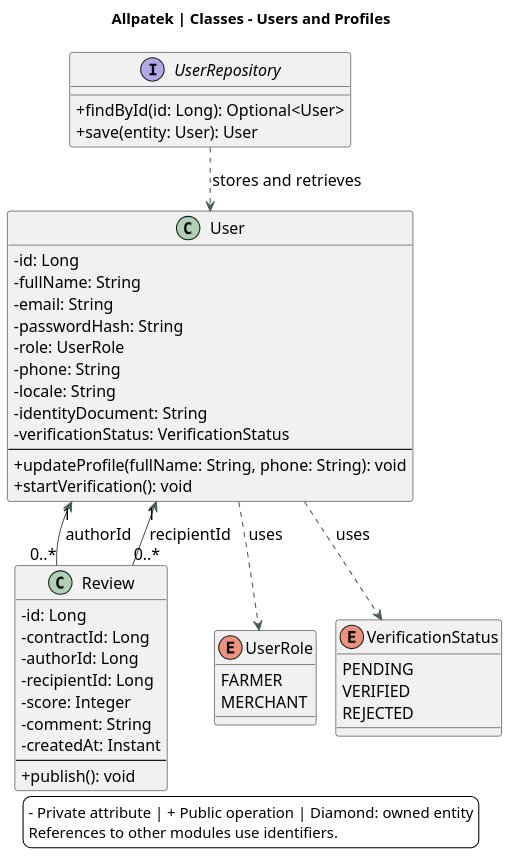
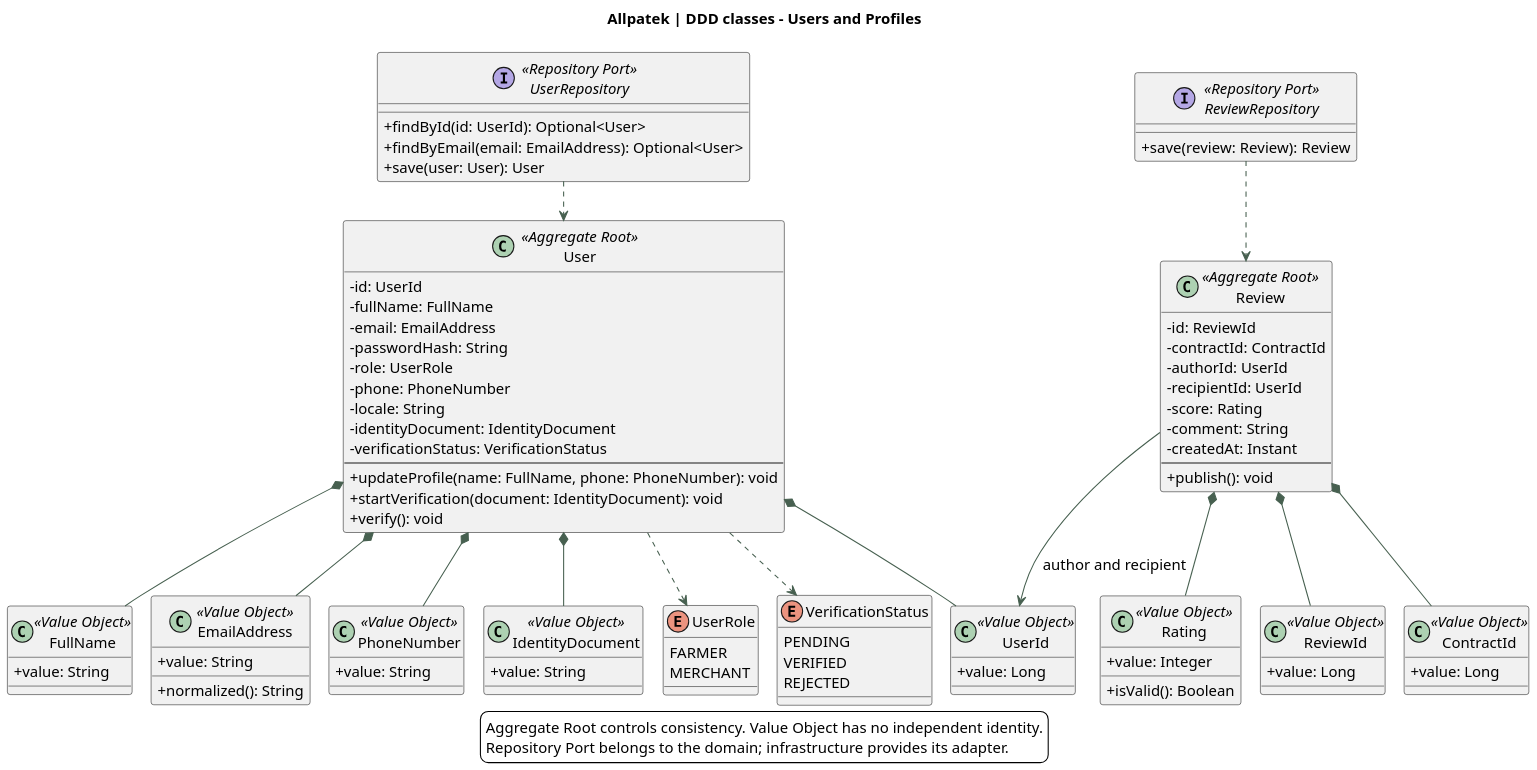
One commit to upc-pre-202620-1asi0729-7753-Terranova/allpatek-report changed the diagram in assets/chapter-04/architecture/08-classes-users.puml. Above: the diagram before and after it, drawn with PlantUML. The commit also changed 14 other files, not shown here.

Commit message:
docs(domain): align class diagrams with DDD value objects

```diff
--- a/assets/chapter-04/architecture/08-classes-users.puml
+++ b/assets/chapter-04/architecture/08-classes-users.puml
@@ -1,59 +1,105 @@
 @startuml
 !pragma layout smetana
 skinparam backgroundColor white
 skinparam defaultFontName SansSerif
-skinparam defaultFontSize 15
+skinparam defaultFontSize 14
 skinparam shadowing false
 skinparam classAttributeIconSize 0
 skinparam ArrowColor #476050
 skinparam dpi 140
-title Allpatek | Classes - Users and Profiles
+title Allpatek | DDD classes - Users and Profiles
 top to bottom direction
-class User {
- -id: Long
- -fullName: String
- -email: String
+
+class User <<Aggregate Root>> {
+ -id: UserId
+ -fullName: FullName
+ -email: EmailAddress
  -passwordHash: String
  -role: UserRole
- -phone: String
+ -phone: PhoneNumber
  -locale: String
- -identityDocument: String
+ -identityDocument: IdentityDocument
  -verificationStatus: VerificationStatus
  --
-+updateProfile(fullName: String, phone: String): void
-+startVerification(): void
+ +updateProfile(name: FullName, phone: PhoneNumber): void
+ +startVerification(document: IdentityDocument): void
+ +verify(): void
 }
-class Review {
- -id: Long
- -contractId: Long
- -authorId: Long
- -recipientId: Long
- -score: Integer
+
+class Review <<Aggregate Root>> {
+ -id: ReviewId
+ -contractId: ContractId
+ -authorId: UserId
+ -recipientId: UserId
+ -score: Rating
  -comment: String
  -createdAt: Instant
  --
-+publish(): void
+ +publish(): void
 }
+
+class UserId <<Value Object>> {
+ +value: Long
+}
+class ReviewId <<Value Object>> {
+ +value: Long
+}
+class ContractId <<Value Object>> {
+ +value: Long
+}
+class FullName <<Value Object>> {
+ +value: String
+}
+class EmailAddress <<Value Object>> {
+ +value: String
+ +normalized(): String
+}
+class PhoneNumber <<Value Object>> {
+ +value: String
+}
+class IdentityDocument <<Value Object>> {
+ +value: String
+}
+class Rating <<Value Object>> {
+ +value: Integer
+ +isValid(): Boolean
+}
+
 enum UserRole {
-FARMER
-MERCHANT
+ FARMER
+ MERCHANT
 }
 enum VerificationStatus {
-PENDING
-VERIFIED
-REJECTED
+ PENDING
+ VERIFIED
+ REJECTED
 }
-User ..> UserRole : uses
-User ..> VerificationStatus : uses
-interface UserRepository {
- +findById(id: Long): Optional<User>
- +save(entity: User): User
+
+interface UserRepository <<Repository Port>> {
+ +findById(id: UserId): Optional<User>
+ +findByEmail(email: EmailAddress): Optional<User>
+ +save(user: User): User
 }
-UserRepository ..> User : stores and retrieves
-User "1" <-- "0..*" Review : authorId
-User "1" <-- "0..*" Review : recipientId
+interface ReviewRepository <<Repository Port>> {
+ +save(review: Review): Review
+}
+
+User *-- UserId
+User *-- FullName
+User *-- EmailAddress
+User *-- PhoneNumber
+User *-- IdentityDocument
+User ..> UserRole
+User ..> VerificationStatus
+Review *-- ReviewId
+Review *-- ContractId
+Review *-- Rating
+Review --> UserId : author and recipient
+UserRepository ..> User
+ReviewRepository ..> Review
+
 legend bottom
-- Private attribute | + Public operation | Diamond: owned entity
-References to other modules use identifiers.
+Aggregate Root controls consistency. Value Object has no independent identity.
+Repository Port belongs to the domain; infrastructure provides its adapter.
 endlegend
 @enduml
```
